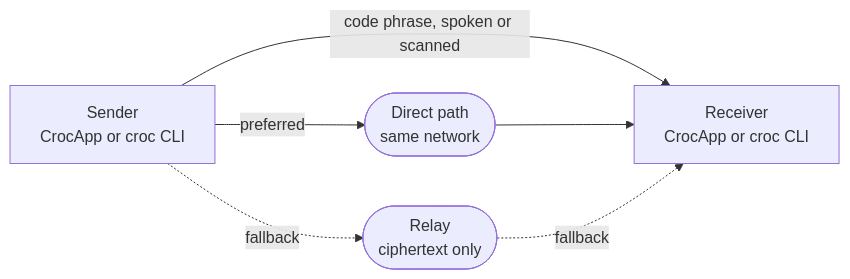
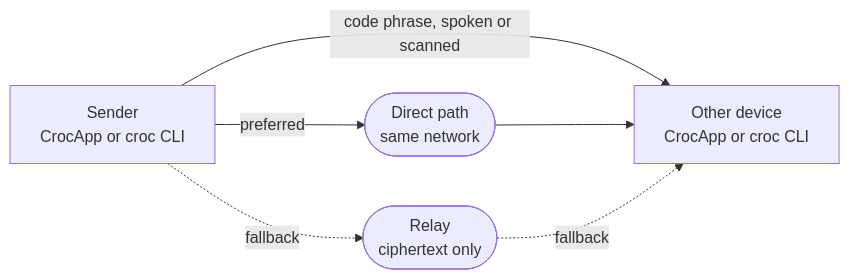
One commit to bakirgdev/CrocApp changed the diagram in README.md. Above: the diagram before and after it, drawn with Mermaid. The commit also changed other lines of this file and 251 other files, not shown here.

````diff
--- a/README.md
+++ b/README.md
@@ -38,13 +38,13 @@
 ```mermaid
 flowchart LR
     S["Sender<br/>CrocApp or croc CLI"]
-    R["Receiver<br/>CrocApp or croc CLI"]
+    R["Other device<br/>CrocApp or croc CLI"]
     L(["Direct path<br/>same network"])
     X(["Relay<br/>ciphertext only"])
 
     S -- "code phrase, spoken or scanned" --> R
     S -- "preferred" --> L
     L --> R
     S -. "fallback" .-> X
     X -. "fallback" .-> R
 ```
````
